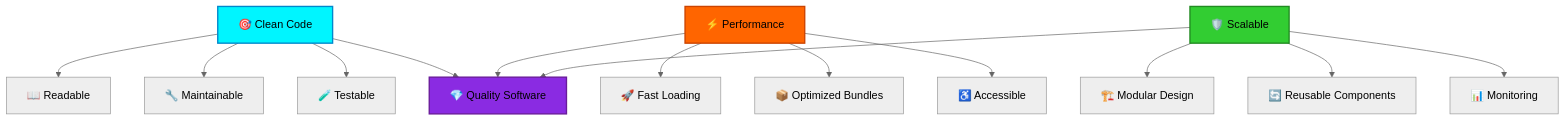
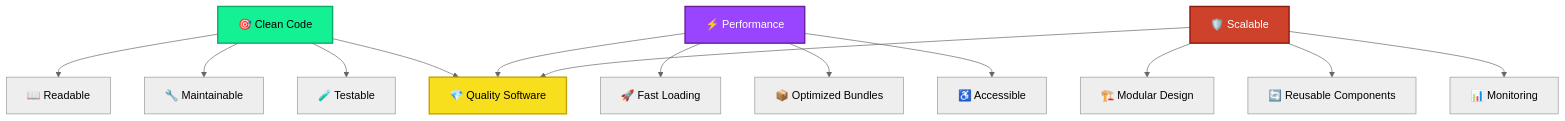
One commit to Vishal-770/Vishal-770 changed the diagram in README.md. Above: the diagram before and after it, drawn with Mermaid (neutral theme). The commit also changed other lines of this file, not shown here.

````diff
--- a/README.md
+++ b/README.md
@@ -127,23 +143,23 @@
 ```mermaid
 graph TB
     A[🎯 Clean Code] --> B[📖 Readable]
     A --> C[🔧 Maintainable]
     A --> D[🧪 Testable]
-    
+
     E[⚡ Performance] --> F[🚀 Fast Loading]
     E --> G[📦 Optimized Bundles]
     E --> H[♿ Accessible]
-    
+
     I[🛡️ Scalable] --> J[🏗️ Modular Design]
     I --> K[🔄 Reusable Components]
     I --> L[📊 Monitoring]
-    
+
     A --> M[💎 Quality Software]
     E --> M
     I --> M
-    
-    style A fill:#00f5ff,stroke:#0088cc,stroke-width:2px
-    style E fill:#ff6500,stroke:#cc4400,stroke-width:2px
-    style I fill:#32cd32,stroke:#228b22,stroke-width:2px
-    style M fill:#8a2be2,stroke:#6a1b9a,stroke-width:2px
+
+    style A fill:#14F195,stroke:#0aab66,stroke-width:2px,color:#000
+    style E fill:#9945FF,stroke:#6a1b9a,stroke-width:2px,color:#fff
+    style I fill:#CE422B,stroke:#8b1a0a,stroke-width:2px,color:#fff
+    style M fill:#F7DF1E,stroke:#c4a000,stroke-width:2px,color:#000
 ```
````
